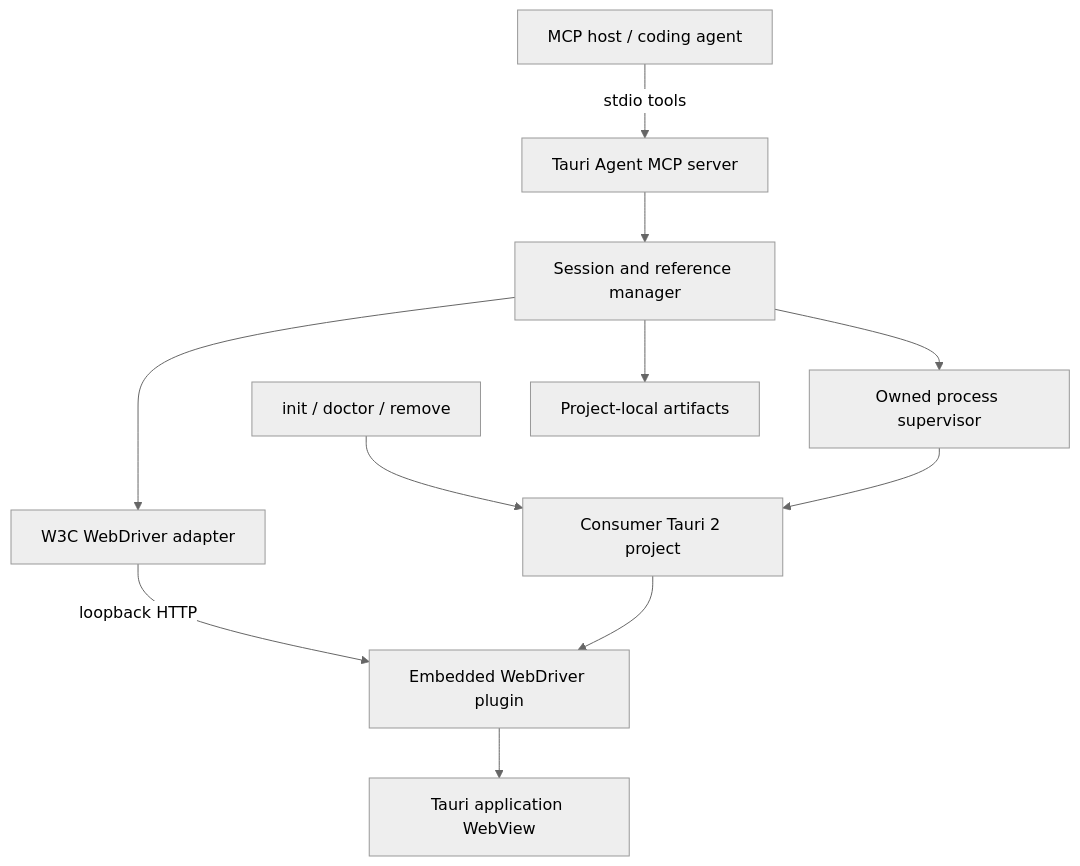
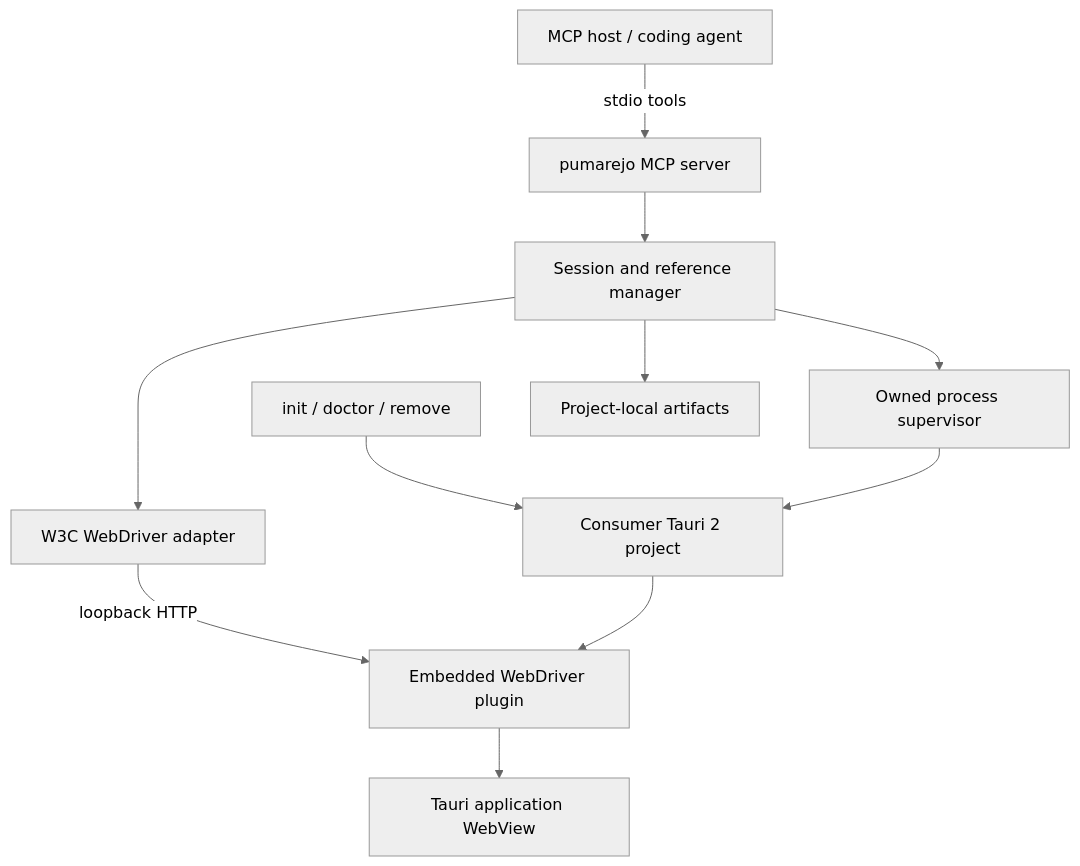
The first of 2 diagrams in docs/architecture.md (ElZaWarudo/pumarejo), drawn with Mermaid (neutral theme) before and after one commit. The commit also changed other lines of this file and 120 other files, not shown here.

````diff
--- a/docs/architecture.md
+++ b/docs/architecture.md
@@ -14,13 +14,13 @@
 ```mermaid
 flowchart TB
-  Host["MCP host / coding agent"] -->|stdio tools| Server["Tauri Agent MCP server"]
+  Host["MCP host / coding agent"] -->|stdio tools| Server["pumarejo MCP server"]
   Server --> Session["Session and reference manager"]
   Session --> Driver["W3C WebDriver adapter"]
   Driver -->|loopback HTTP| Plugin["Embedded WebDriver plugin"]
   Plugin --> WebView["Tauri application WebView"]
   CLI["init / doctor / remove"] --> Project["Consumer Tauri 2 project"]
   Project --> Plugin
   Session --> Process["Owned process supervisor"]
   Process --> Project
   Session --> Artifacts["Project-local artifacts"]
 ```
````
